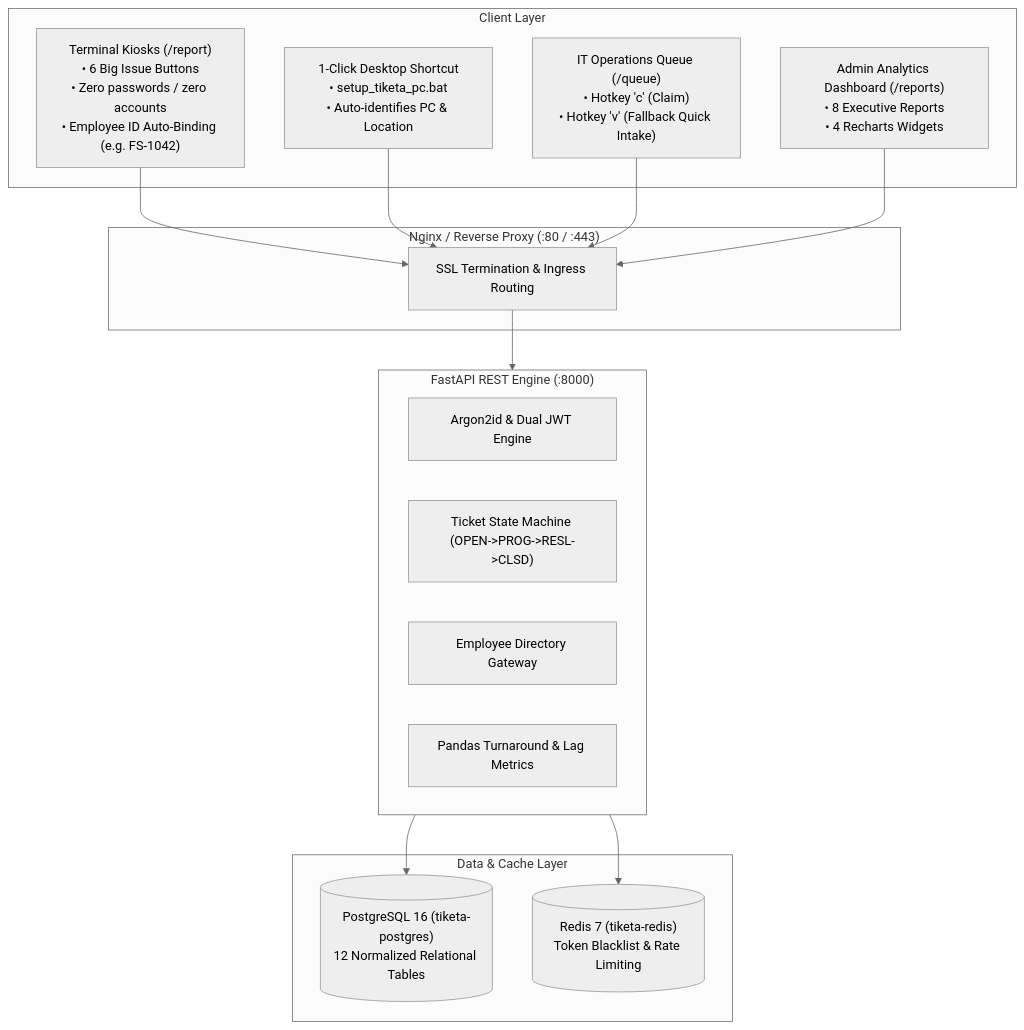
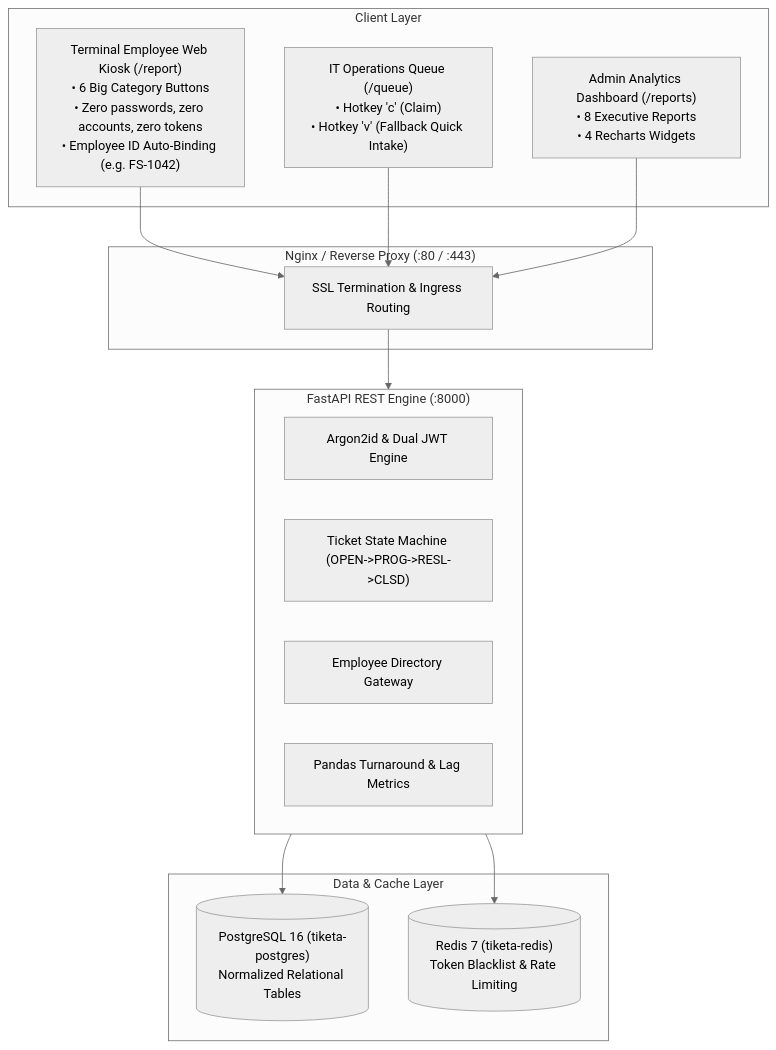
One commit to jfflpz/Tiketa2.0 changed the diagram in docs/01-Architecture/SYSTEM-ARCHITECTURE.md. Above: the diagram before and after it, drawn with Mermaid (neutral theme). The commit also changed 4 other files, not shown here.

````diff
--- a/docs/01-Architecture/SYSTEM-ARCHITECTURE.md
+++ b/docs/01-Architecture/SYSTEM-ARCHITECTURE.md
@@ -11,33 +11,31 @@
 ```mermaid
 flowchart TD
     subgraph ClientLayer ["Client Layer"]
-        Kiosk["Terminal Kiosks (/report)<br/>• 6 Big Issue Buttons<br/>• Zero passwords / zero accounts<br/>• Employee ID Auto-Binding (e.g. FS-1042)"]
-        DeskShortcut["1-Click Desktop Shortcut<br/>• setup_tiketa_pc.bat<br/>• Auto-identifies PC & Location"]
+        Kiosk["Terminal Employee Web Kiosk (/report)<br/>• 6 Big Category Buttons<br/>• Zero passwords, zero accounts, zero tokens<br/>• Employee ID Auto-Binding (e.g. FS-1042)"]
         Queue["IT Operations Queue (/queue)<br/>• Hotkey 'c' (Claim)<br/>• Hotkey 'v' (Fallback Quick Intake)"]
         Reports["Admin Analytics Dashboard (/reports)<br/>• 8 Executive Reports<br/>• 4 Recharts Widgets"]
     end
 
     subgraph Gateway ["Nginx / Reverse Proxy (:80 / :443)"]
         Proxy["SSL Termination & Ingress Routing"]
     end
 
     subgraph BackendAPI ["FastAPI REST Engine (:8000)"]
         AuthModule["Argon2id & Dual JWT Engine"]
         TicketEngine["Ticket State Machine (OPEN->PROG->RESL->CLSD)"]
         EmpLookup["Employee Directory Gateway"]
         AnalyticsEngine["Pandas Turnaround & Lag Metrics"]
     end
 
     subgraph DataLayer ["Data & Cache Layer"]
-        Postgres[("PostgreSQL 16 (tiketa-postgres)<br/>12 Normalized Relational Tables")]
+        Postgres[("PostgreSQL 16 (tiketa-postgres)<br/>Normalized Relational Tables")]
         RedisDB[("Redis 7 (tiketa-redis)<br/>Token Blacklist & Rate Limiting")]
     end
 
     Kiosk --> Proxy
-    DeskShortcut --> Proxy
     Queue --> Proxy
     Reports --> Proxy
     Proxy --> BackendAPI
     BackendAPI --> Postgres
     BackendAPI --> RedisDB
 ```
````
